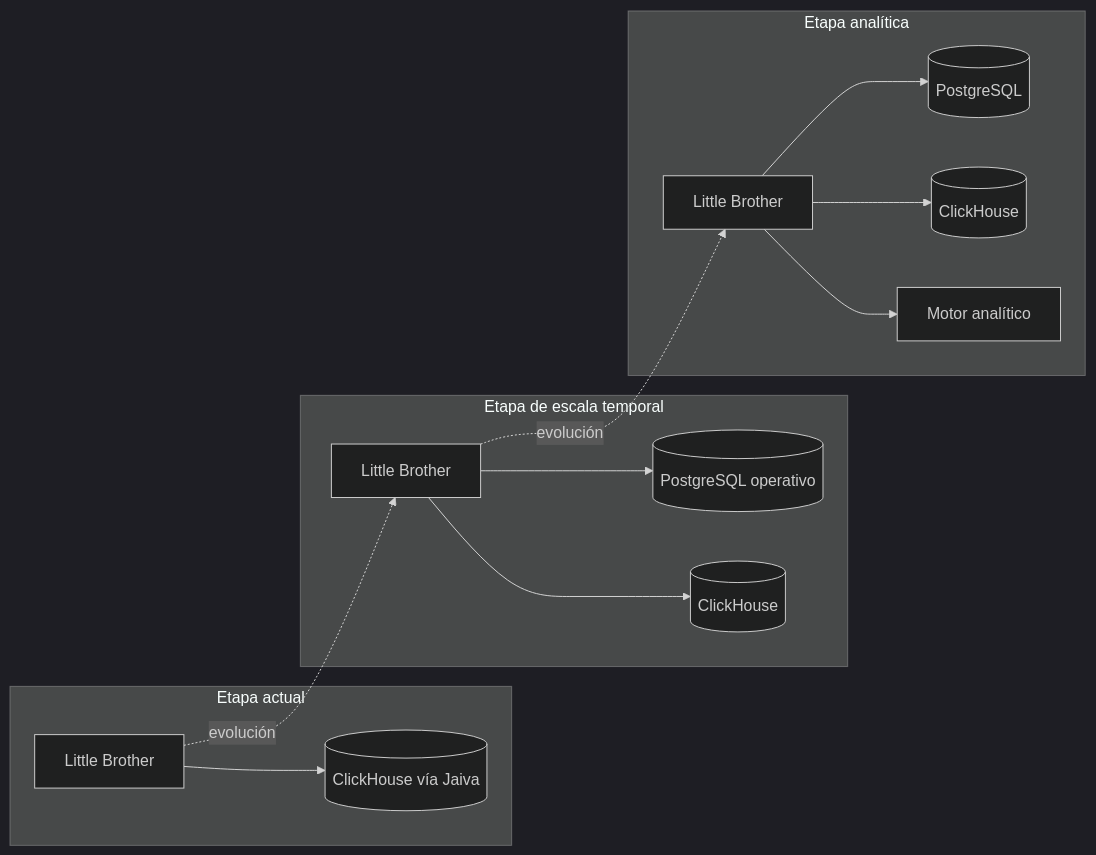
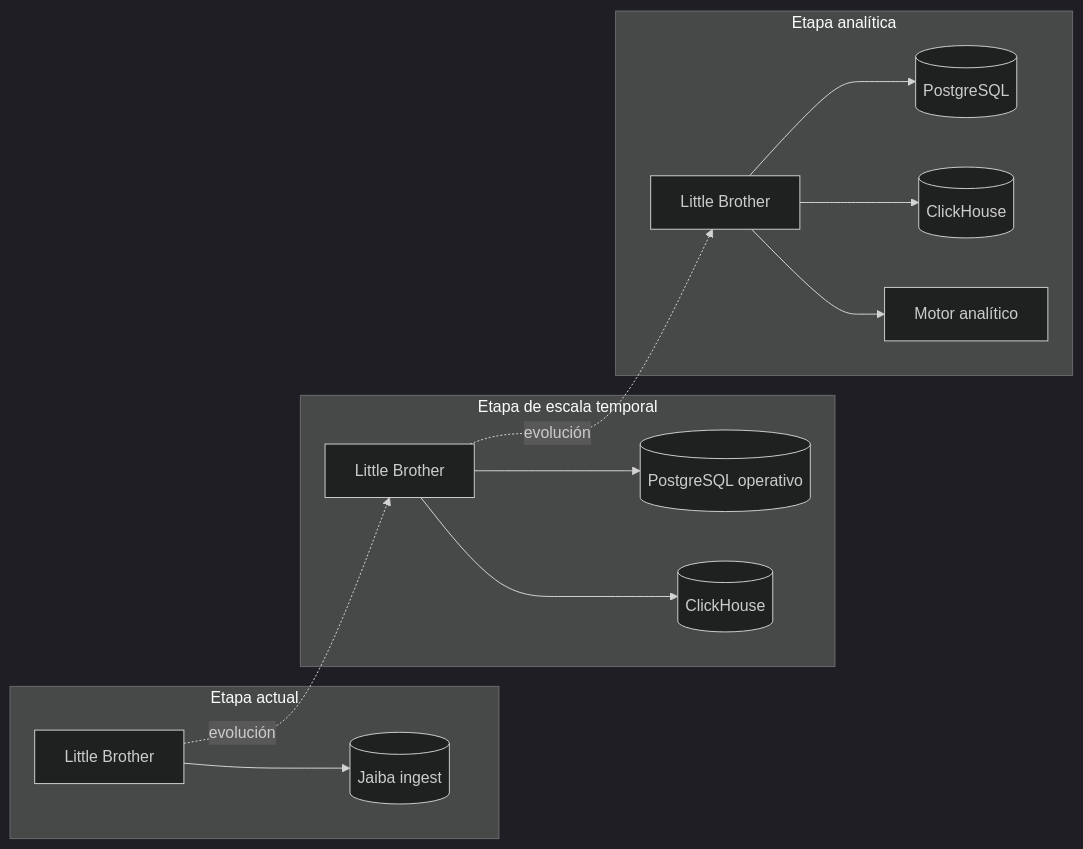
One commit to dfr2098/broder changed the eighth of 9 diagrams in core/rs/ARCHITECTURE.md. Above: the diagram before and after it, drawn with Mermaid (dark theme). The commit also changed other lines of this file and 26 other files, not shown here.

````diff
--- a/core/rs/ARCHITECTURE.md
+++ b/core/rs/ARCHITECTURE.md
@@ -338,20 +338,20 @@
 ```mermaid
 flowchart LR
     subgraph F1[Etapa actual]
-        B1[Little Brother] --> P1[(ClickHouse vía Jaiva)]
+        B1[Little Brother] --> P1[(Jaiba ingest)]
     end
 
     subgraph F2[Etapa de escala temporal]
         B2[Little Brother] --> P2[(PostgreSQL operativo)]
         B2 --> C2[(ClickHouse)]
     end
 
     subgraph F3[Etapa analítica]
         B3[Little Brother] --> P3[(PostgreSQL)]
         B3 --> C3[(ClickHouse)]
         B3 --> A3[Motor analítico]
     end
 
     B1 -. evolución .-> B2
     B2 -. evolución .-> B3
 ```
````
